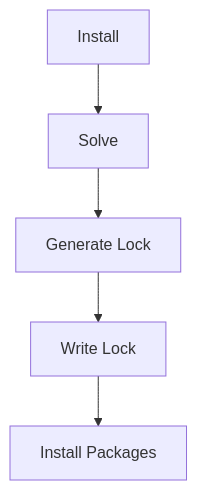
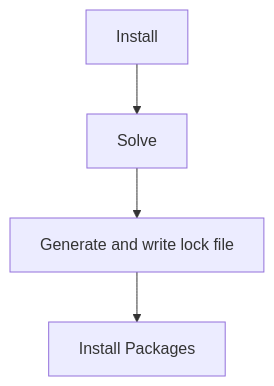
Before and after one commit to prefix-dev/pixi: the first of 2 diagrams in docs/features/lockfile.md, drawn with Mermaid. The commit also changed other lines of this file, not shown here.

````diff
--- a/docs/features/lockfile.md
+++ b/docs/features/lockfile.md
@@ -69,7 +77,6 @@
 ```mermaid
 graph TD
     A[Install] --> B[Solve]
-    B --> C[Generate Lock]
-    C --> D[Write Lock]
-    D --> E[Install Packages]
+    B --> C[Generate and write lock file]
+    C --> D[Install Packages]
 ```
````
